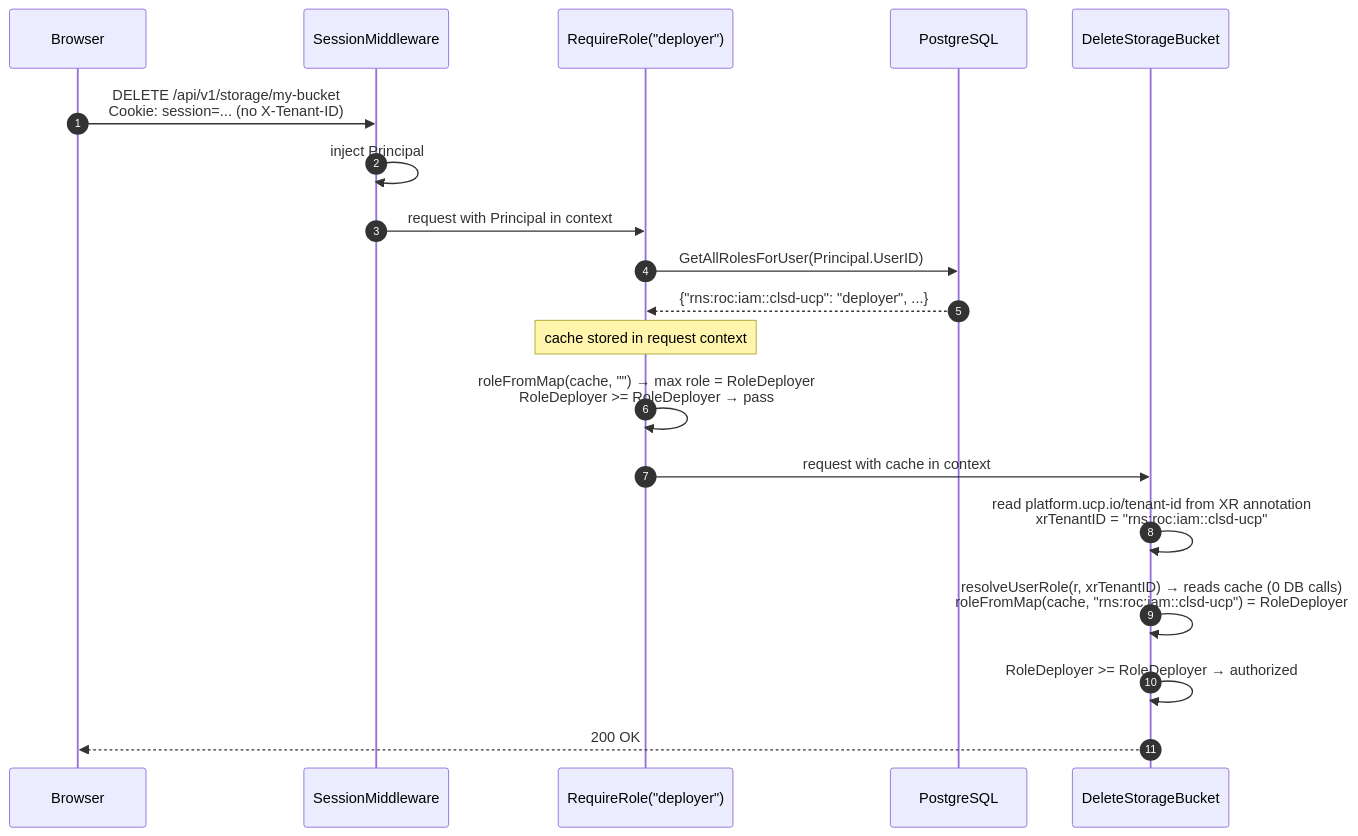
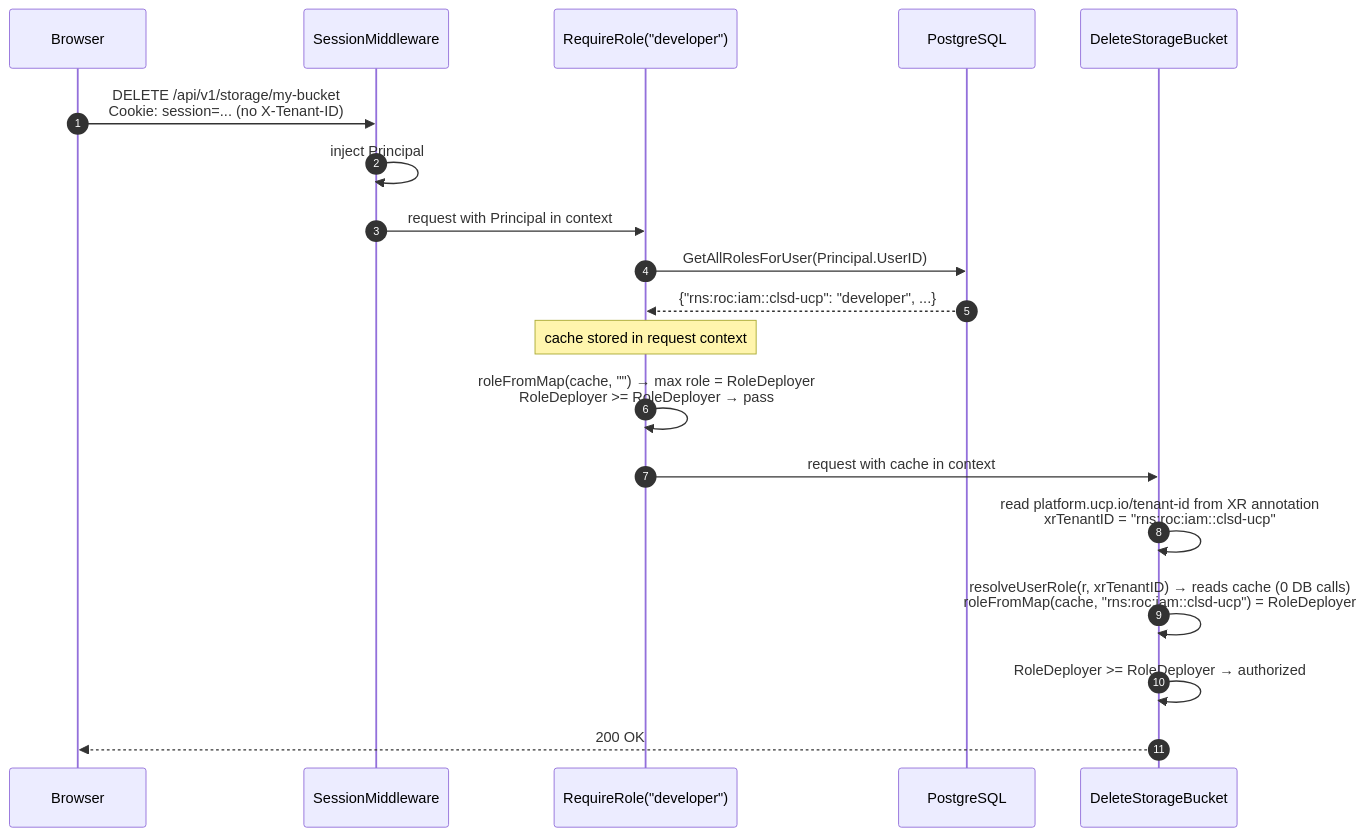
Before and after one commit to aripermana-putra/ucp-docs-collection: the fourth of 5 diagrams in docs/projects/universal-control-plane-ucp/pocs/rbac/implementation.md, drawn with Mermaid. The commit also changed other lines of this file and 1 other file, not shown here.

````diff
--- a/docs/projects/universal-control-plane-ucp/pocs/rbac/implementation.md
+++ b/docs/projects/universal-control-plane-ucp/pocs/rbac/implementation.md
@@ -371,26 +400,26 @@
 ```mermaid
 sequenceDiagram
     autonumber
 
     participant Browser
     participant Session as SessionMiddleware
-    participant Middleware as RequireRole("deployer")
+    participant Middleware as RequireRole("developer")
     participant DB as PostgreSQL
     participant Handler as DeleteStorageBucket
 
     Browser->>Session: DELETE /api/v1/storage/my-bucket<br/>Cookie: session=... (no X-Tenant-ID)
     Session->>Session: inject Principal
     Session->>Middleware: request with Principal in context
 
     Middleware->>DB: GetAllRolesForUser(Principal.UserID)
-    DB-->>Middleware: {"rns:roc:iam::clsd-ucp": "deployer", ...}
+    DB-->>Middleware: {"rns:roc:iam::clsd-ucp": "developer", ...}
     Note over Middleware: cache stored in request context
 
     Middleware->>Middleware: roleFromMap(cache, "") → max role = RoleDeployer<br/>RoleDeployer >= RoleDeployer → pass
 
     Middleware->>Handler: request with cache in context
     Handler->>Handler: read platform.ucp.io/tenant-id from XR annotation<br/>xrTenantID = "rns:roc:iam::clsd-ucp"
     Handler->>Handler: resolveUserRole(r, xrTenantID) → reads cache (0 DB calls)<br/>roleFromMap(cache, "rns:roc:iam::clsd-ucp") = RoleDeployer
     Handler->>Handler: RoleDeployer >= RoleDeployer → authorized
     Handler-->>Browser: 200 OK
 ```
````
